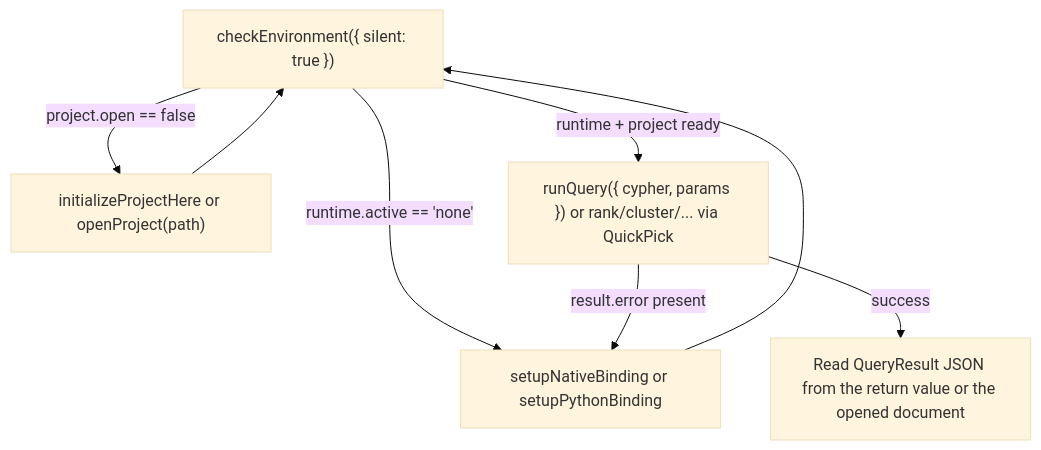
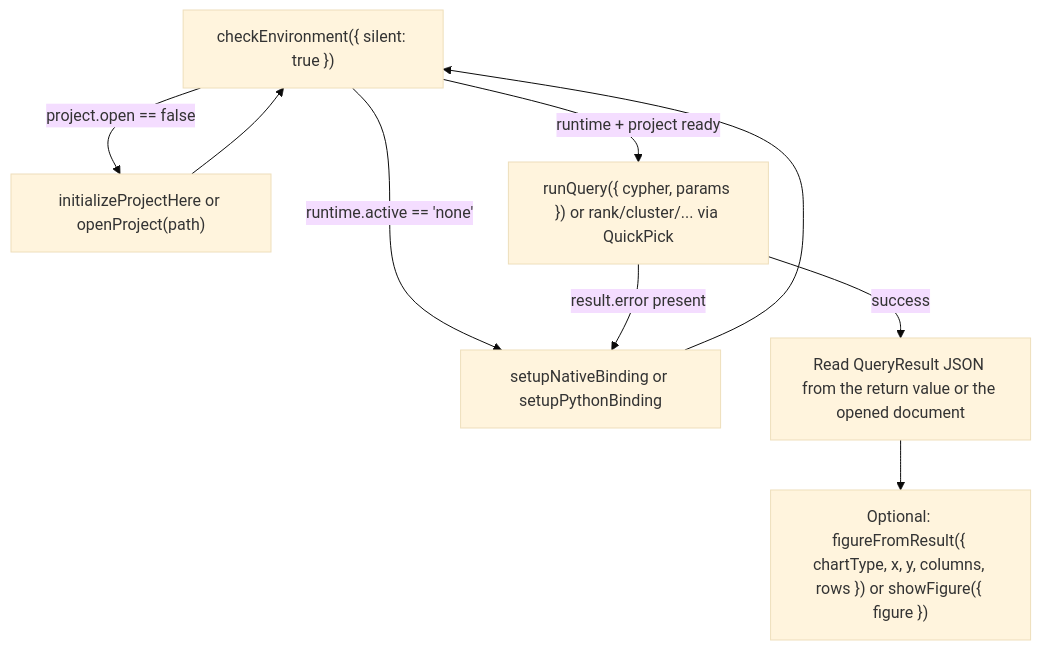
One commit to CurateLabs/graphforge-vscode changed the diagram in docs/experience/agent-interop.md. Above: the diagram before and after it, drawn with Mermaid (base theme). The commit also changed other lines of this file and 37 other files, not shown here.

First line of the commit message:
feat: add Plotly figure support and enhance GraphForge experience

````diff
--- a/docs/experience/agent-interop.md
+++ b/docs/experience/agent-interop.md
@@ -146,10 +148,11 @@
 ```mermaid
 flowchart TD
     A["checkEnvironment({ silent: true })"] -->|runtime.active == 'none'| B["setupNativeBinding or setupPythonBinding"]
     A -->|project.open == false| C["initializeProjectHere or openProject(path)"]
     A -->|runtime + project ready| D["runQuery({ cypher, params }) or rank/cluster/... via QuickPick"]
     B --> A
     C --> A
     D -->|result.error present| B
     D -->|success| E["Read QueryResult JSON from the return value or the opened document"]
+    E --> F["Optional: figureFromResult({ chartType, x, y, columns, rows }) or showFigure({ figure })"]
 ```
````
